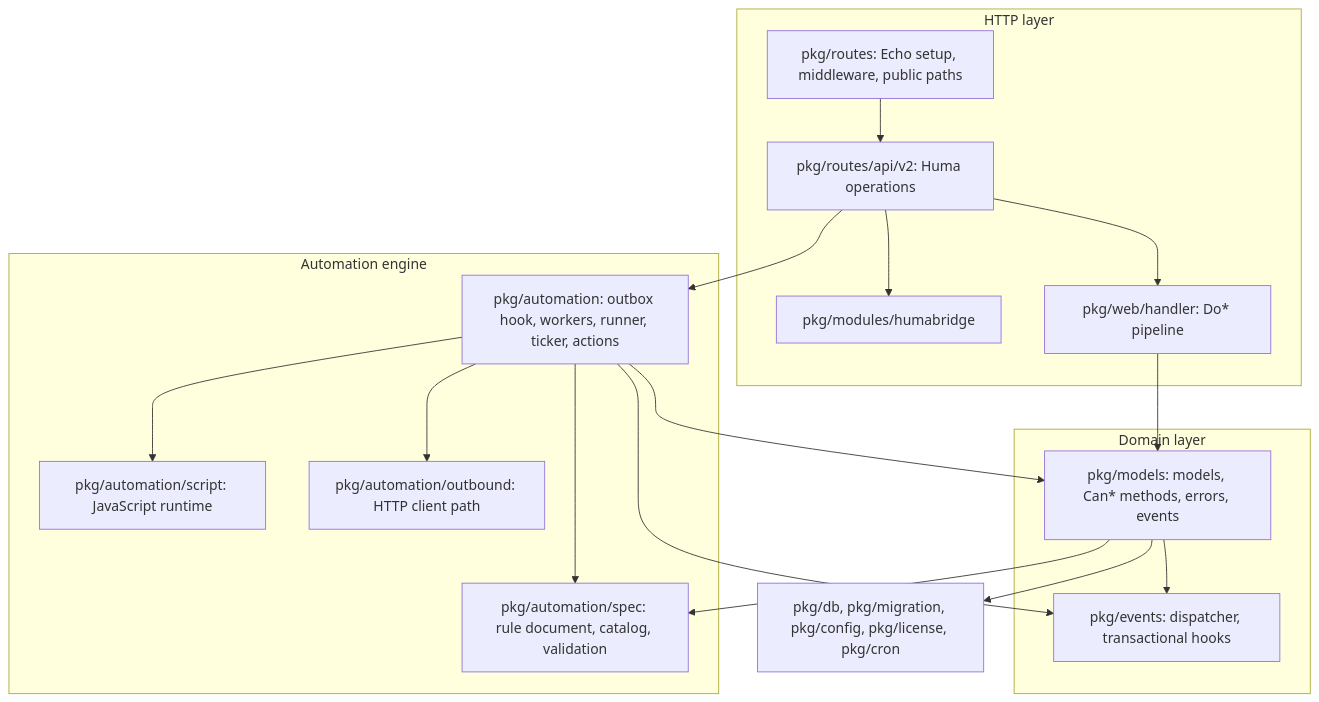
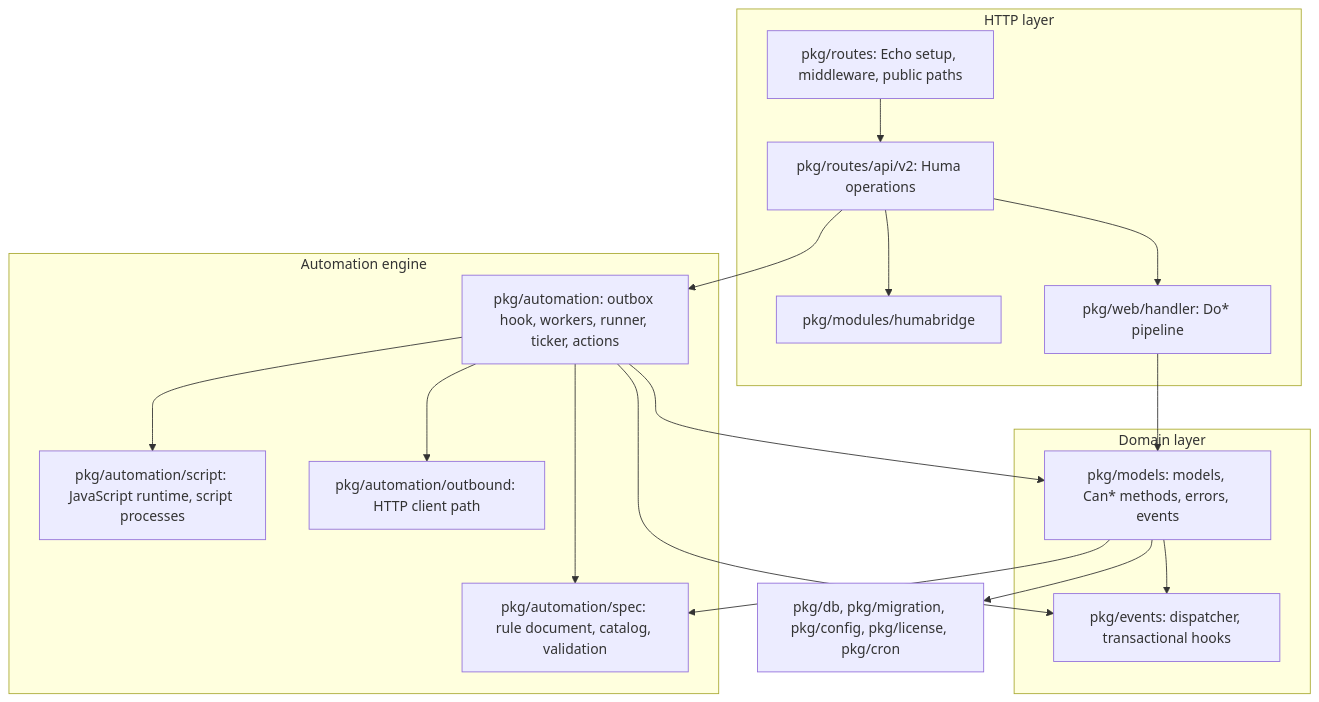
One commit to bahadirdogru/vikunja-enterprise changed the second of 9 diagrams in ARCHITECTURE.md. Above: the diagram before and after it, drawn with Mermaid. The commit also changed other lines of this file and 4 other files, not shown here.

Commit message:
docs: describe script processes and the memory limit

````diff
--- a/ARCHITECTURE.md
+++ b/ARCHITECTURE.md
@@ -88,34 +88,34 @@
 ```mermaid
 flowchart TB
     subgraph HTTP["HTTP layer"]
         Routes["pkg/routes: Echo setup, middleware, public paths"]
         V2["pkg/routes/api/v2: Huma operations"]
         Bridge["pkg/modules/humabridge"]
         Handler["pkg/web/handler: Do* pipeline"]
     end
     subgraph Domain["Domain layer"]
         Models["pkg/models: models, Can* methods, errors, events"]
         Events["pkg/events: dispatcher, transactional hooks"]
     end
     subgraph Engine["Automation engine"]
         Auto["pkg/automation: outbox hook, workers, runner, ticker, actions"]
         Spec["pkg/automation/spec: rule document, catalog, validation"]
-        Script["pkg/automation/script: JavaScript runtime"]
+        Script["pkg/automation/script: JavaScript runtime, script processes"]
         Outbound["pkg/automation/outbound: HTTP client path"]
     end
     Infra["pkg/db, pkg/migration, pkg/config, pkg/license, pkg/cron"]
 
     Routes --> V2
     V2 --> Bridge
     V2 --> Handler
     Handler --> Models
     V2 --> Auto
     Auto --> Models
     Auto --> Spec
     Auto --> Script
     Auto --> Outbound
     Models --> Spec
     Models --> Events
     Auto --> Events
     Models --> Infra
 ```
````
